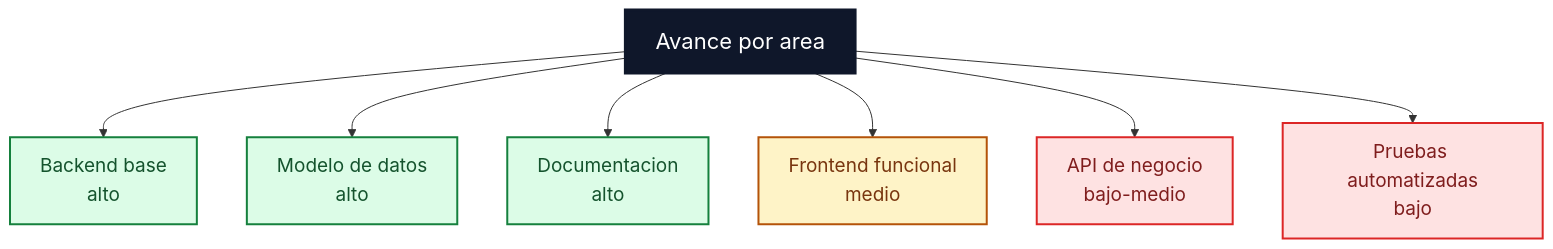
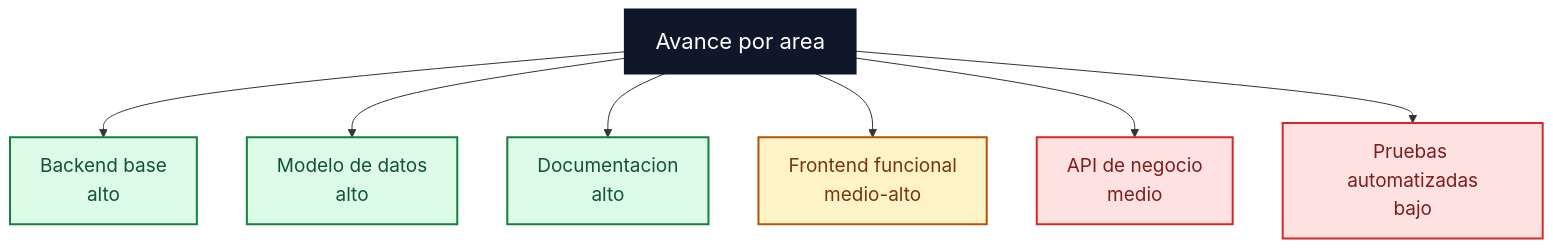
The fifth of 6 diagrams in docs/progress/DIAGRAMS.md (fcamusr/portafolio-e-learning-teologia), drawn with Mermaid before and after one commit. The commit also changed other lines of this file and 19 other files, not shown here.

````diff
--- a/docs/progress/DIAGRAMS.md
+++ b/docs/progress/DIAGRAMS.md
@@ -112,22 +118,22 @@
 ```mermaid
 %%{init: {"themeVariables": {"fontSize": "19px", "fontFamily": "Arial"}}}%%
 flowchart TD
   Progress["Avance por area"]
 
   Progress --> Backend["Backend base<br/>alto"]
   Progress --> Data["Modelo de datos<br/>alto"]
   Progress --> Docs["Documentacion<br/>alto"]
-  Progress --> Frontend["Frontend funcional<br/>medio"]
-  Progress --> API["API de negocio<br/>bajo-medio"]
+  Progress --> Frontend["Frontend funcional<br/>medio-alto"]
+  Progress --> API["API de negocio<br/>medio"]
   Progress --> QA["Pruebas automatizadas<br/>bajo"]
 
   classDef root fill:#0f172a,stroke:#0f172a,color:#ffffff,font-size:22px,stroke-width:3px
   classDef high fill:#dcfce7,stroke:#15803d,color:#14532d,font-size:19px,stroke-width:2px
   classDef mid fill:#fef3c7,stroke:#b45309,color:#78350f,font-size:19px,stroke-width:2px
   classDef low fill:#fee2e2,stroke:#dc2626,color:#7f1d1d,font-size:19px,stroke-width:2px
 
   class Progress root
   class Backend,Data,Docs high
   class Frontend mid
   class API,QA low
 ```
````
